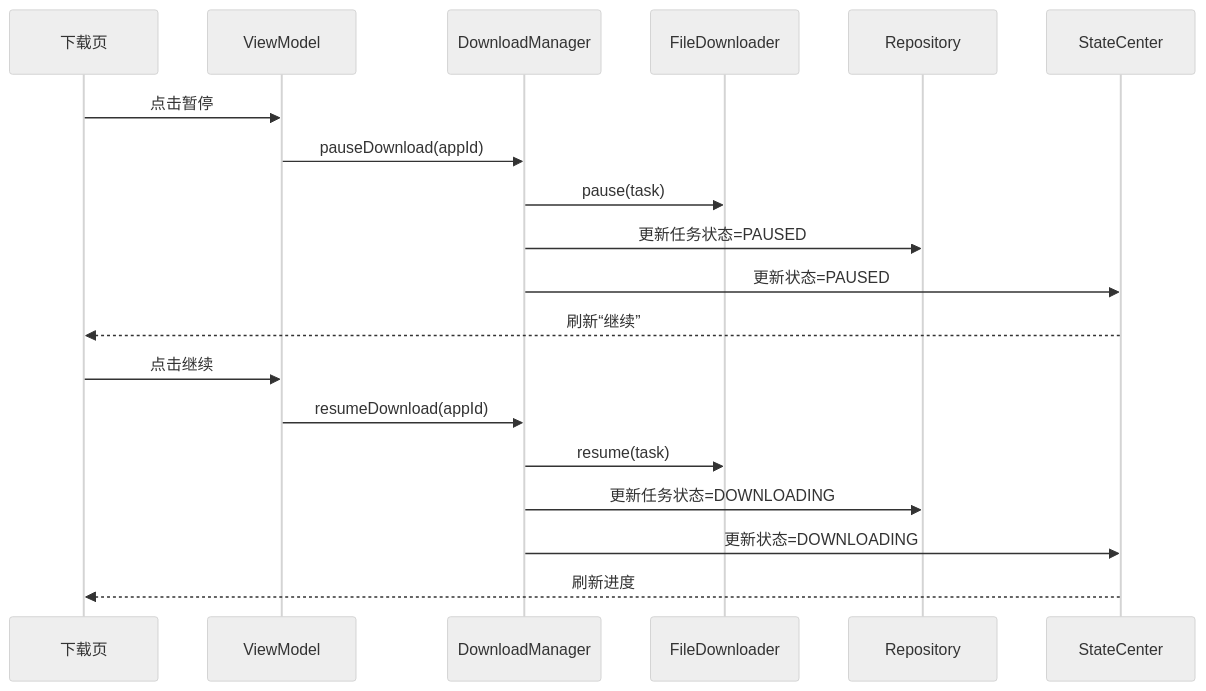
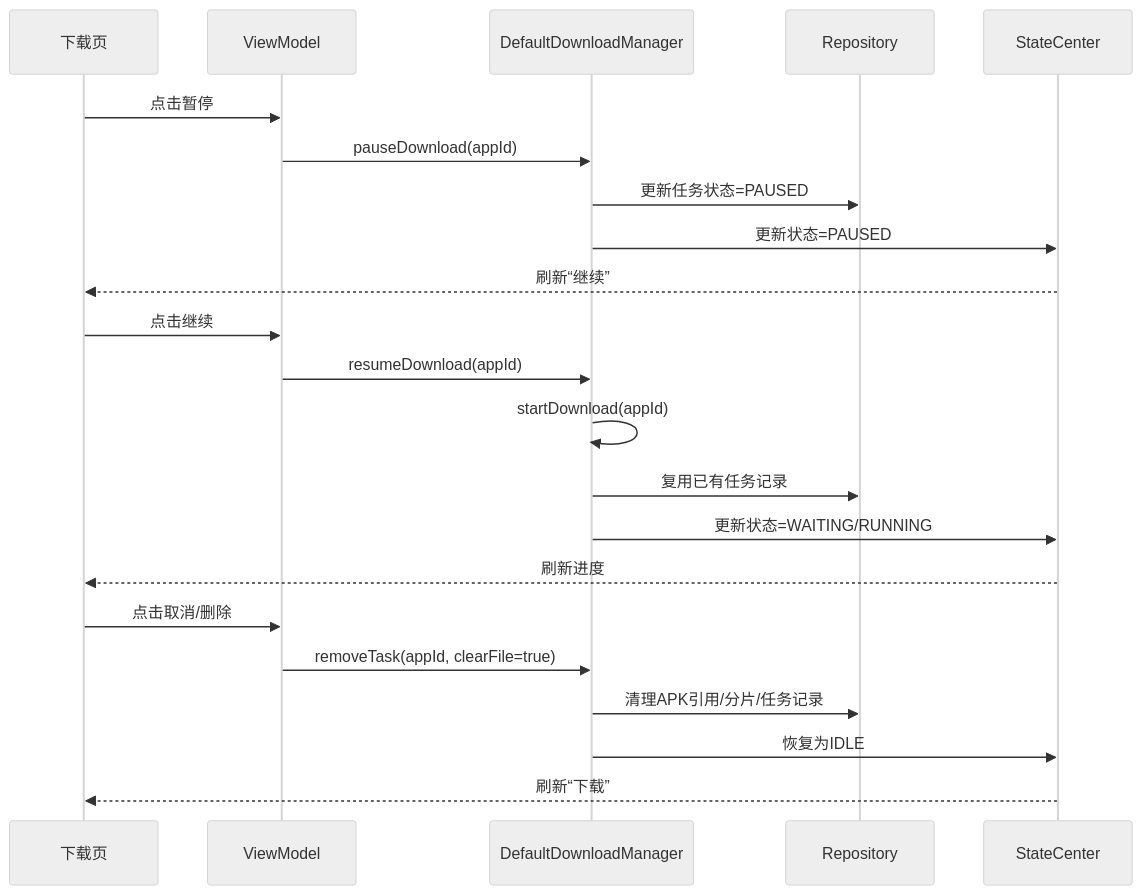
The fourth of 6 diagrams in docs/09-下载模块架构与流程.md (XZQ/CarAppStore), drawn with Mermaid (neutral theme) before and after one commit. The commit also changed other lines of this file and 35 other files, not shown here.

Commit message:
docs: reorganize architecture docs and handoff guide

````diff
--- a/docs/09-下载模块架构与流程.md
+++ b/docs/09-下载模块架构与流程.md
@@ -150,23 +214,27 @@
 ```mermaid
 sequenceDiagram
 participant UI as 下载页
 participant VM as ViewModel
-participant DM as DownloadManager
-participant FD as FileDownloader
+participant DM as DefaultDownloadManager
 participant REPO as Repository
 participant SC as StateCenter
 
 UI->>VM: 点击暂停
 VM->>DM: pauseDownload(appId)
-DM->>FD: pause(task)
 DM->>REPO: 更新任务状态=PAUSED
 DM->>SC: 更新状态=PAUSED
 SC-->>UI: 刷新“继续”
 
 UI->>VM: 点击继续
 VM->>DM: resumeDownload(appId)
-DM->>FD: resume(task)
-DM->>REPO: 更新任务状态=DOWNLOADING
-DM->>SC: 更新状态=DOWNLOADING
+DM->>DM: startDownload(appId)
+DM->>REPO: 复用已有任务记录
+DM->>SC: 更新状态=WAITING/RUNNING
 SC-->>UI: 刷新进度
+
+UI->>VM: 点击取消/删除
+VM->>DM: removeTask(appId, clearFile=true)
+DM->>REPO: 清理APK引用/分片/任务记录
+DM->>SC: 恢复为IDLE
+SC-->>UI: 刷新“下载”
 ```
````
